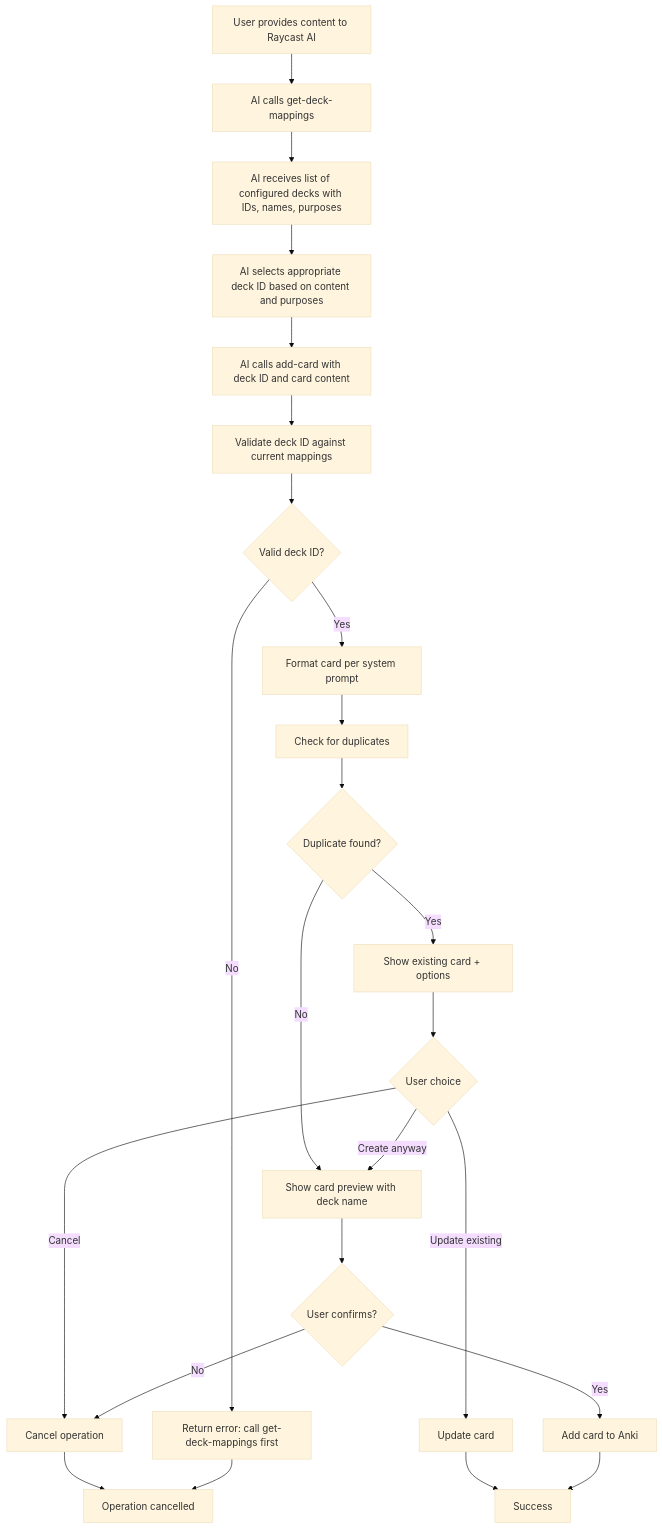
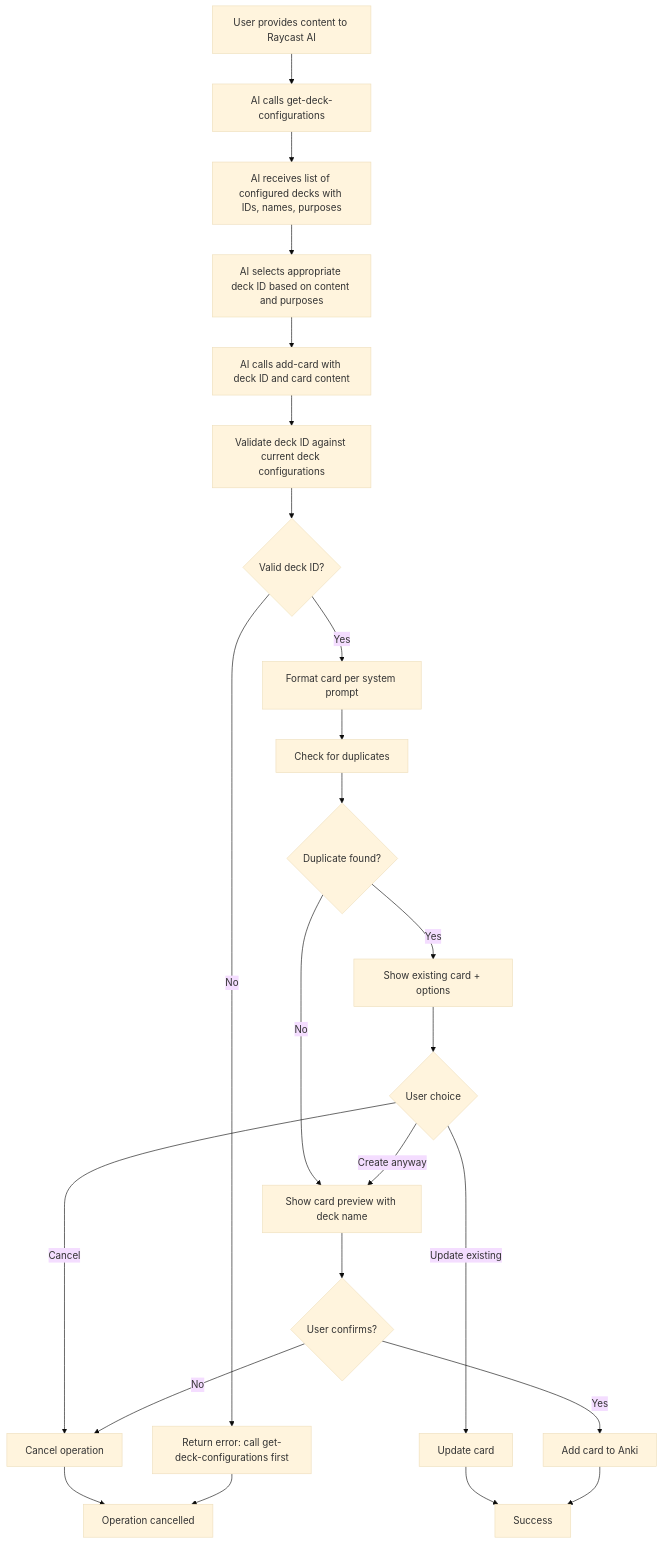
The diagram in spec.md (yuichkun/raycast-anki-ai-agent), drawn with Mermaid (base theme) before and after one commit. The commit also changed other lines of this file and 5 other files, not shown here.

````diff
--- a/spec.md
+++ b/spec.md
@@ -132,26 +132,26 @@
 ```mermaid
 flowchart TD
-    A[User provides content to Raycast AI] --> B[AI calls get-deck-mappings]
+    A[User provides content to Raycast AI] --> B[AI calls get-deck-configurations]
     B --> C[AI receives list of configured decks with IDs, names, purposes]
     C --> D[AI selects appropriate deck ID based on content and purposes]
     D --> E[AI calls add-card with deck ID and card content]
-    E --> F[Validate deck ID against current mappings]
+    E --> F[Validate deck ID against current deck configurations]
     F --> G{Valid deck ID?}
-    G -->|No| H[Return error: call get-deck-mappings first]
+    G -->|No| H[Return error: call get-deck-configurations first]
     G -->|Yes| I[Format card per system prompt]
     I --> J[Check for duplicates]
     J --> K{Duplicate found?}
     K -->|No| L[Show card preview with deck name]
     K -->|Yes| M[Show existing card + options]
     L --> N{User confirms?}
     M --> O{User choice}
     O -->|Update existing| P[Update card]
     O -->|Create anyway| L
     O -->|Cancel| Q[Cancel operation]
     N -->|Yes| R[Add card to Anki]
     N -->|No| Q
     P --> S[Success]
     R --> S
     Q --> T[Operation cancelled]
     H --> T
 ```
````
